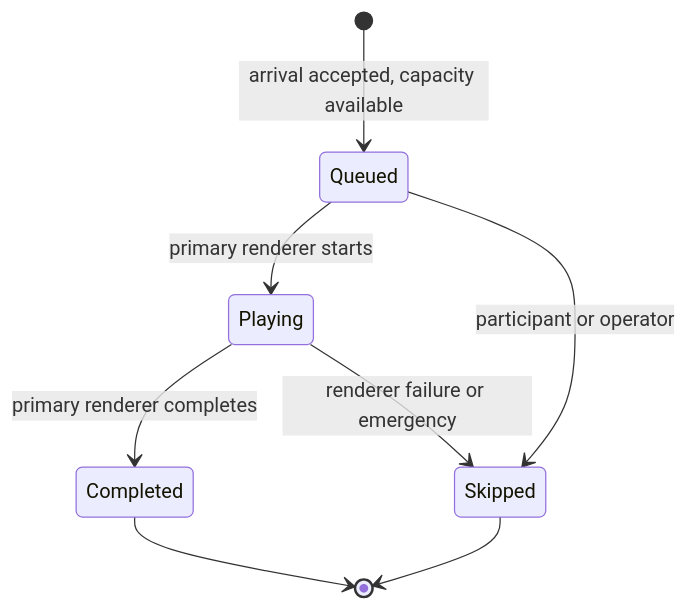
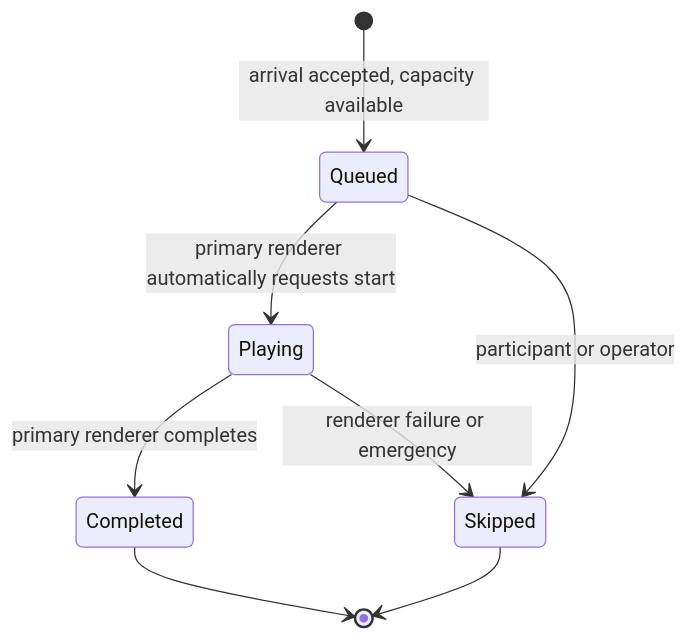
Before and after one commit to Mino829/trace-campus-installation: the second of 2 diagrams in docs/state-machine.md, drawn with Mermaid. The commit also changed other lines of this file and 5 other files, not shown here.

````diff
--- a/docs/state-machine.md
+++ b/docs/state-machine.md
@@ -51,10 +51,10 @@
 ```mermaid
 stateDiagram-v2
     [*] --> Queued: arrival accepted, capacity available
-    Queued --> Playing: primary renderer starts
+    Queued --> Playing: primary renderer automatically requests start
     Queued --> Skipped: participant or operator
     Playing --> Completed: primary renderer completes
     Playing --> Skipped: renderer failure or emergency
     Completed --> [*]
     Skipped --> [*]
 ```
````
